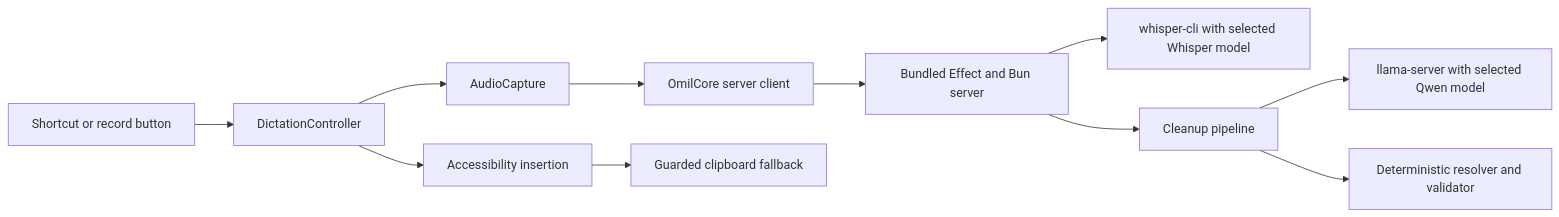
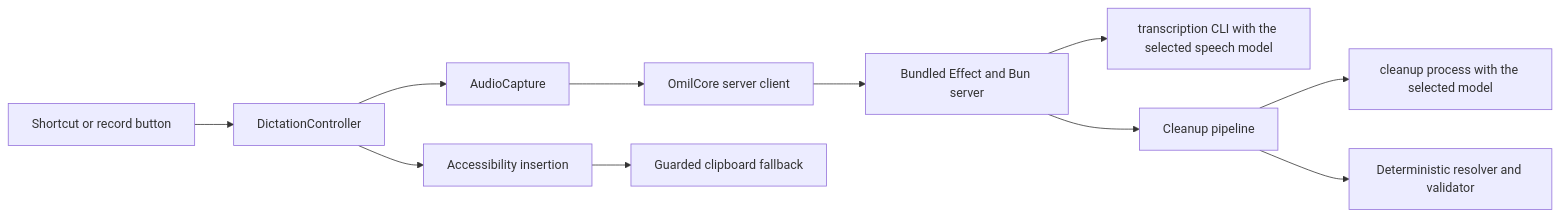
The diagram in docs/SYSTEM.md (arpan404/omil), drawn with Mermaid before and after one commit. The commit also changed other lines of this file and 1 other file, not shown here.

First line of the commit message:
docs: describe Omil as a free local Wispr Flow alternative

````diff
--- a/docs/SYSTEM.md
+++ b/docs/SYSTEM.md
@@ -8,13 +8,13 @@
 ```mermaid
 flowchart LR
     Input[Shortcut or record button] --> Controller[DictationController]
     Controller --> Capture[AudioCapture]
     Capture --> Client[OmilCore server client]
     Client --> API[Bundled Effect and Bun server]
-    API --> Whisper[whisper-cli with selected Whisper model]
+    API --> Speech[transcription CLI with the selected speech model]
     API --> Cleanup[Cleanup pipeline]
-    Cleanup --> Qwen[llama-server with selected Qwen model]
+    Cleanup --> LLM[cleanup process with the selected model]
     Cleanup --> Validator[Deterministic resolver and validator]
     Controller --> Insert[Accessibility insertion]
     Insert --> Clipboard[Guarded clipboard fallback]
 ```
````
